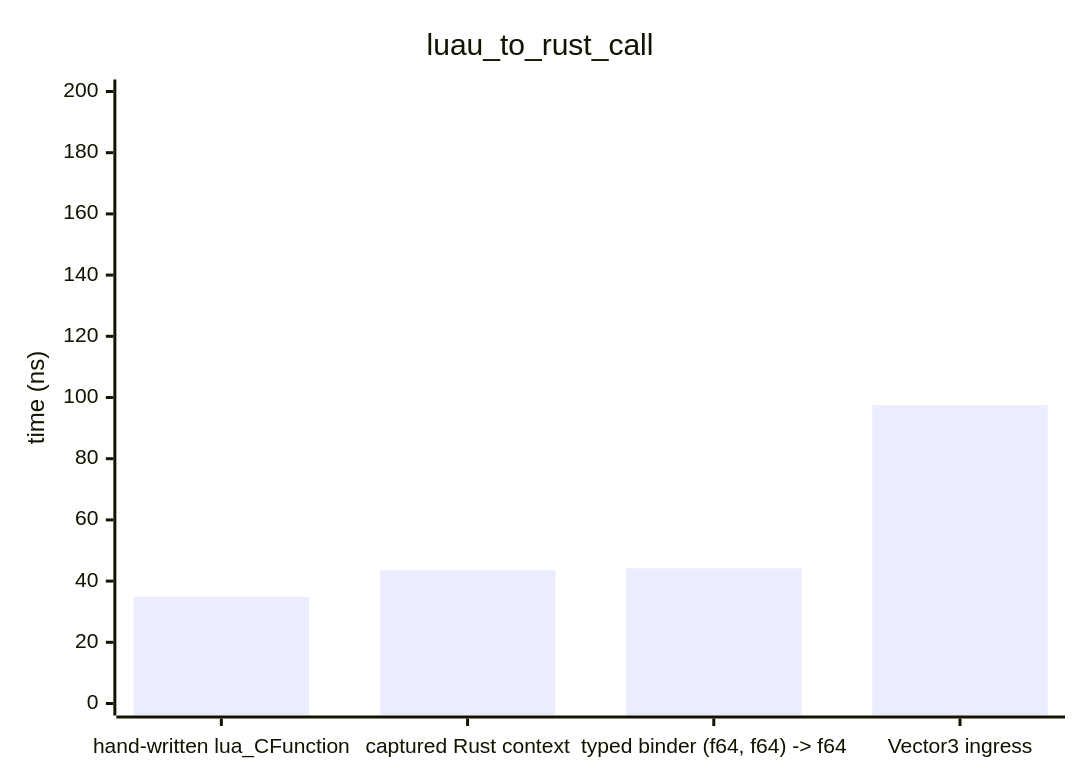
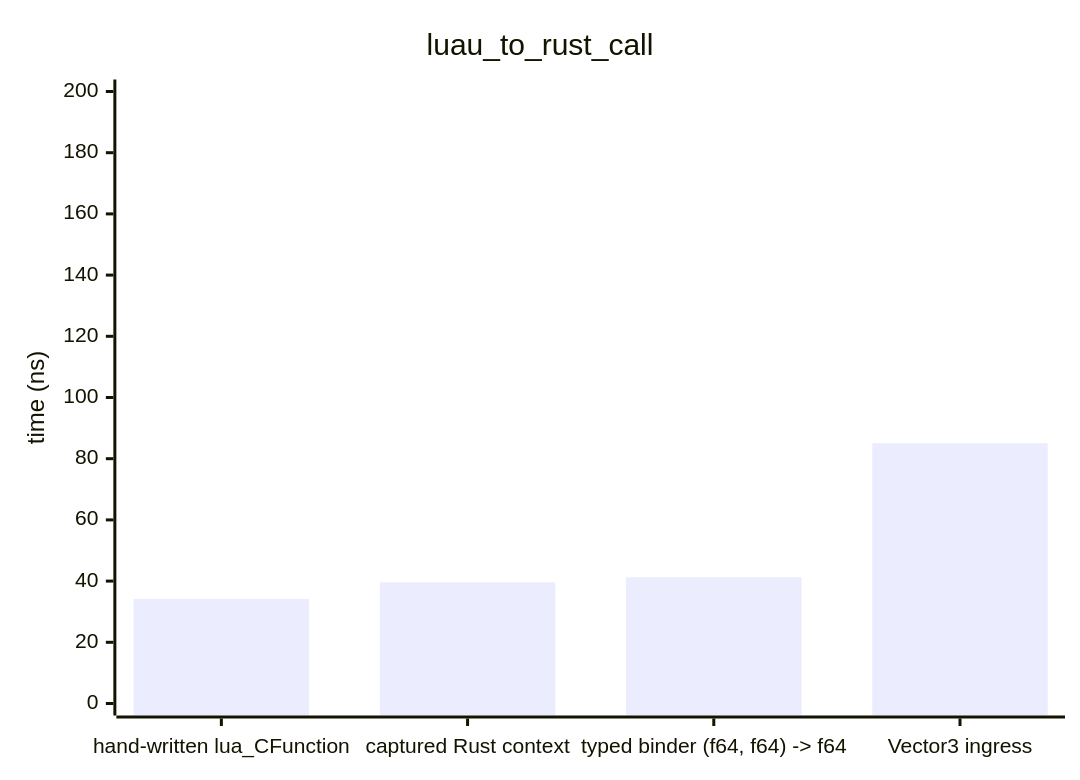
One commit to DreamWeave-MP/l3i changed the second of 8 diagrams in BENCHMARKS.md. Above: the diagram before and after it, drawn with Mermaid. The commit also changed other lines of this file and 2 other files, not shown here.

````diff
--- a/BENCHMARKS.md
+++ b/BENCHMARKS.md
@@ -36,7 +36,7 @@
 ```mermaid
 xychart-beta
     title "luau_to_rust_call"
     x-axis ["hand-written lua_CFunction", "captured Rust context", "typed binder (f64, f64) -> f64", "Vector3 ingress"]
     y-axis "time (ns)" 0 --> 200.00
-    bar [34.84, 43.57, 44.17, 97.51]
+    bar [34.14, 39.61, 41.23, 85.05]
 ```
````
